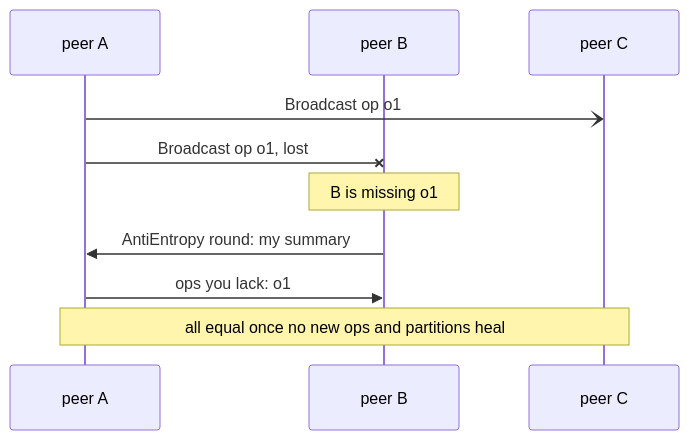
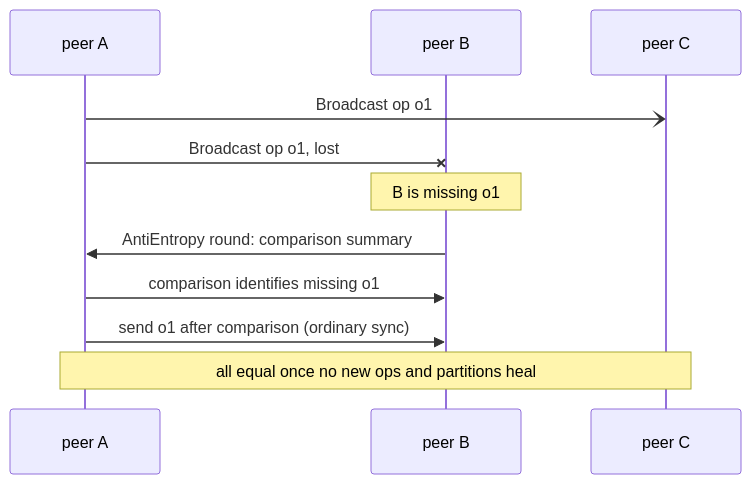
One commit to Student-Team-Projects/Most-Overkilled-Whiteboard-for-ArchLinux changed the third of 3 diagrams in docs/design/sync-and-convergence.md. Above: the diagram before and after it, drawn with Mermaid. The commit also changed 11 other files, not shown here.

````diff
--- a/docs/design/sync-and-convergence.md
+++ b/docs/design/sync-and-convergence.md
@@ -32,12 +32,13 @@
 ```mermaid
 sequenceDiagram
     participant A as peer A
     participant B as peer B
     participant C as peer C
     A-)C: Broadcast op o1
     A-xB: Broadcast op o1, lost
     Note over B: B is missing o1
-    B->>A: AntiEntropy round: my summary
-    A->>B: ops you lack: o1
+    B->>A: AntiEntropy round: comparison summary
+    A->>B: comparison identifies missing o1
+    A->>B: send o1 after comparison (ordinary sync)
     Note over A,C: all equal once no new ops and partitions heal
 ```
````
